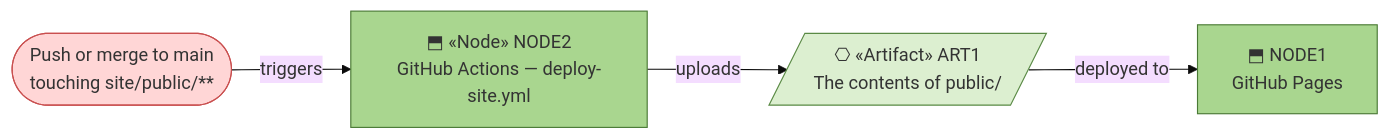
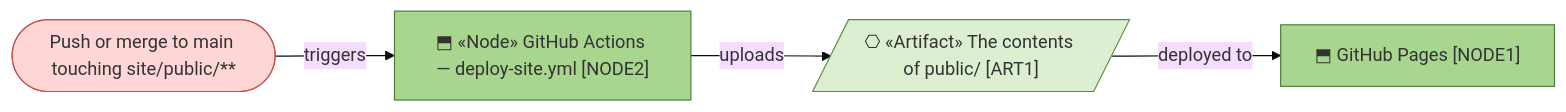
Before and after one commit to roanboc/architecture-archreator: the second of 2 diagrams in product-archreator/site/architecture/5_technology/2_deployment.md, drawn with Mermaid (base theme). The commit also changed other lines of this file and 38 other files, not shown here.

````diff
--- a/product-archreator/site/architecture/5_technology/2_deployment.md
+++ b/product-archreator/site/architecture/5_technology/2_deployment.md
@@ -29,15 +29,15 @@
 ```mermaid
 flowchart LR
-  push(["Push or merge to main<br>touching site/public/**"]):::implementation
-  node2["⬒ «Node» NODE2<br>GitHub Actions — deploy-site.yml"]:::node
-  art1[/"⎔ «Artifact» ART1<br>The contents of public/"/]:::artifact
-  node1["⬒ NODE1<br>GitHub Pages"]:::node
+  push(["Push or merge to main touching site/public/**"]):::implementation
+  node2["⬒ «Node» GitHub Actions — deploy-site.yml [NODE2]"]:::node
+  art1[/"⎔ «Artifact» The contents of public/ [ART1]"/]:::artifact
+  node1["⬒ GitHub Pages [NODE1]"]:::node
 
   push -->|triggers| node2
   node2 -->|uploads| art1
   art1 -->|deployed to| node1
 
   classDef implementation fill:#ffd6d6,stroke:#c94f4f,color:#333
   classDef node fill:#a9d68f,stroke:#4a7a35,color:#333
   classDef artifact fill:#dcefd0,stroke:#5a8a45,color:#333
 ```
````
